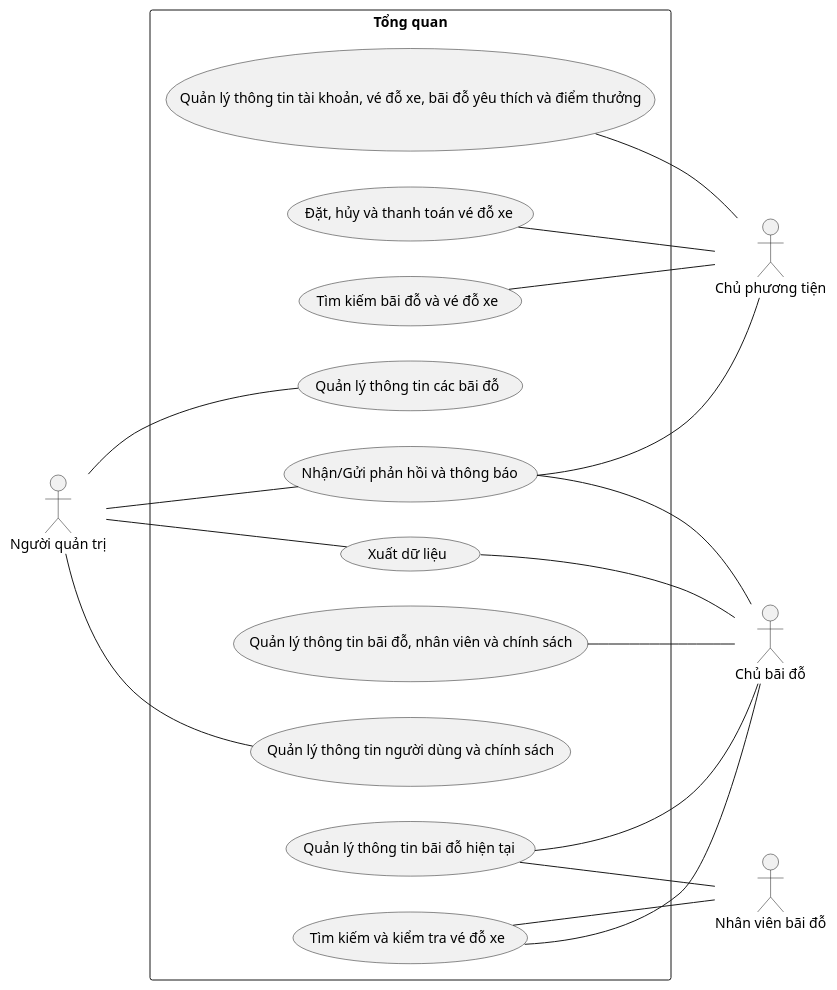
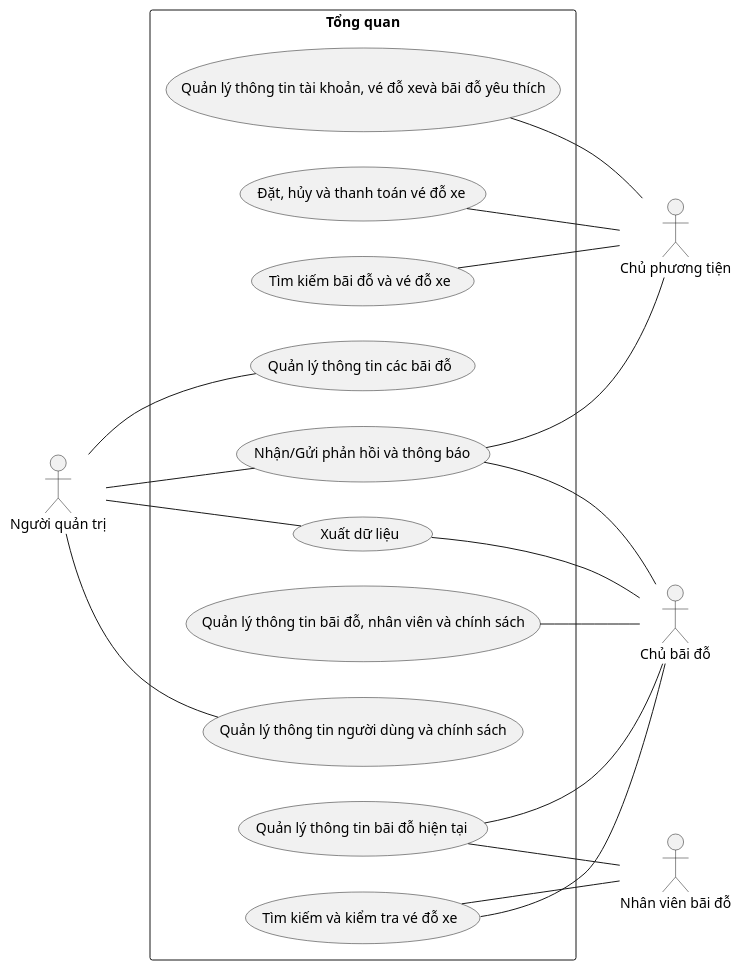
The diagram in usecase/general.wsd (hieutbui/graduation-diagram), drawn with PlantUML before and after one commit. The commit also changed 3 other files, not shown here.

```diff
--- a/usecase/general.wsd
+++ b/usecase/general.wsd
@@ -1,32 +1,32 @@
 @startuml general
 
 left to right direction
 skinparam packageStyle rect
 
 actor "Người quản trị" as Admin
 actor "Chủ phương tiện" as VehicleOwner
 actor "Nhân viên bãi đỗ" as ParkingStaff
 actor "Chủ bãi đỗ" as ParkingOwner
 
 rectangle "Tổng quan" as GeneralDiagram {
   'Admin'
     Admin -- (Quản lý thông tin các bãi đỗ)
     Admin -- (Quản lý thông tin người dùng và chính sách)
     Admin -- (Xuất dữ liệu)
     Admin -- (Nhận/Gửi phản hồi và thông báo)
   'ParkingStaff'
     (Quản lý thông tin bãi đỗ hiện tại) -- ParkingStaff
     (Tìm kiếm và kiểm tra vé đỗ xe) -- ParkingStaff
   'ParkingOwner'
     (Quản lý thông tin bãi đỗ, nhân viên và chính sách) -- ParkingOwner
     (Quản lý thông tin bãi đỗ hiện tại) -- ParkingOwner
     (Tìm kiếm và kiểm tra vé đỗ xe) -- ParkingOwner
     (Xuất dữ liệu) -- ParkingOwner
     (Nhận/Gửi phản hồi và thông báo) -- ParkingOwner
   'VehicleOwner'
-    (Quản lý thông tin tài khoản, vé đỗ xe, bãi đỗ yêu thích và điểm thưởng) -- VehicleOwner
+    (Quản lý thông tin tài khoản, vé đỗ xevà bãi đỗ yêu thích) -- VehicleOwner
     (Đặt, hủy và thanh toán vé đỗ xe) -- VehicleOwner
     (Tìm kiếm bãi đỗ và vé đỗ xe) -- VehicleOwner
     (Nhận/Gửi phản hồi và thông báo) - VehicleOwner
 }
 @enduml
```
